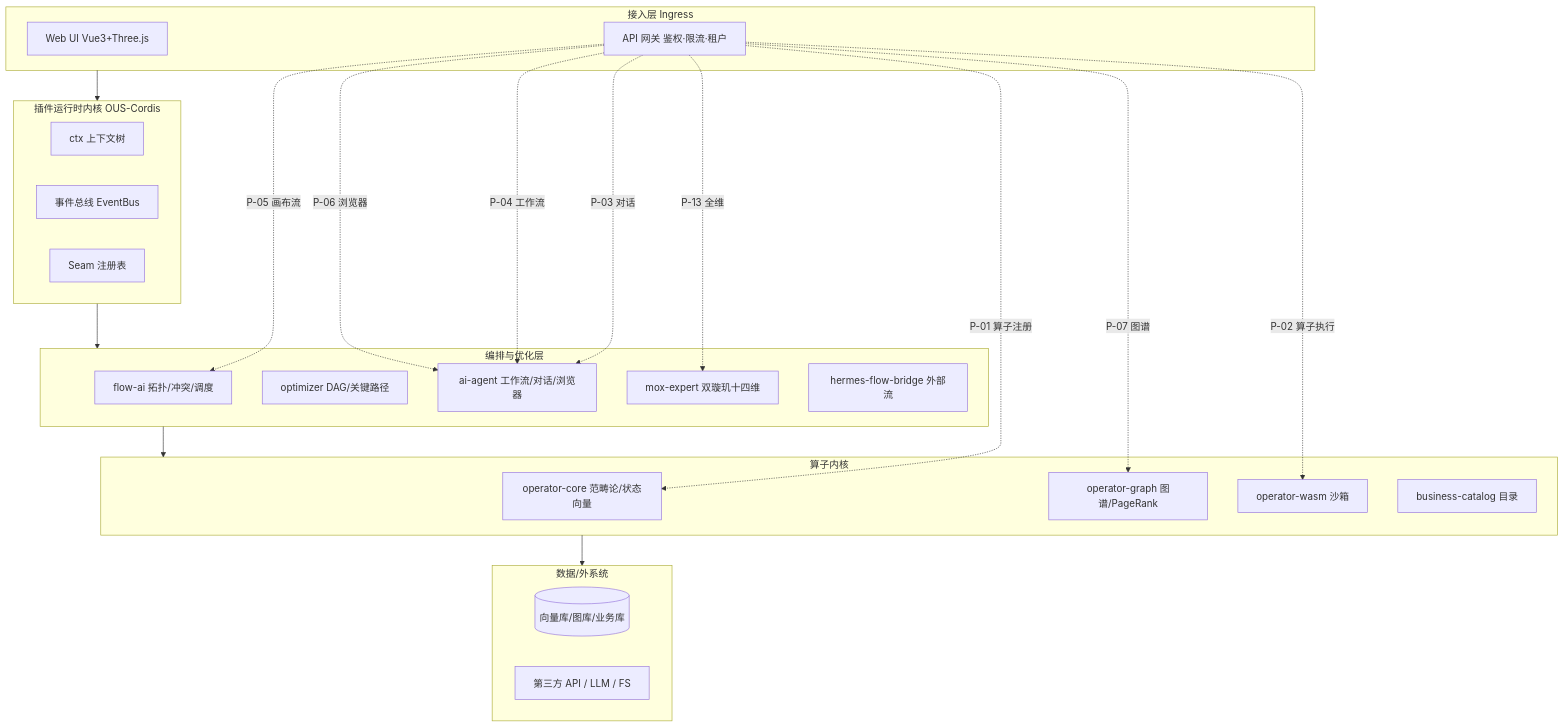
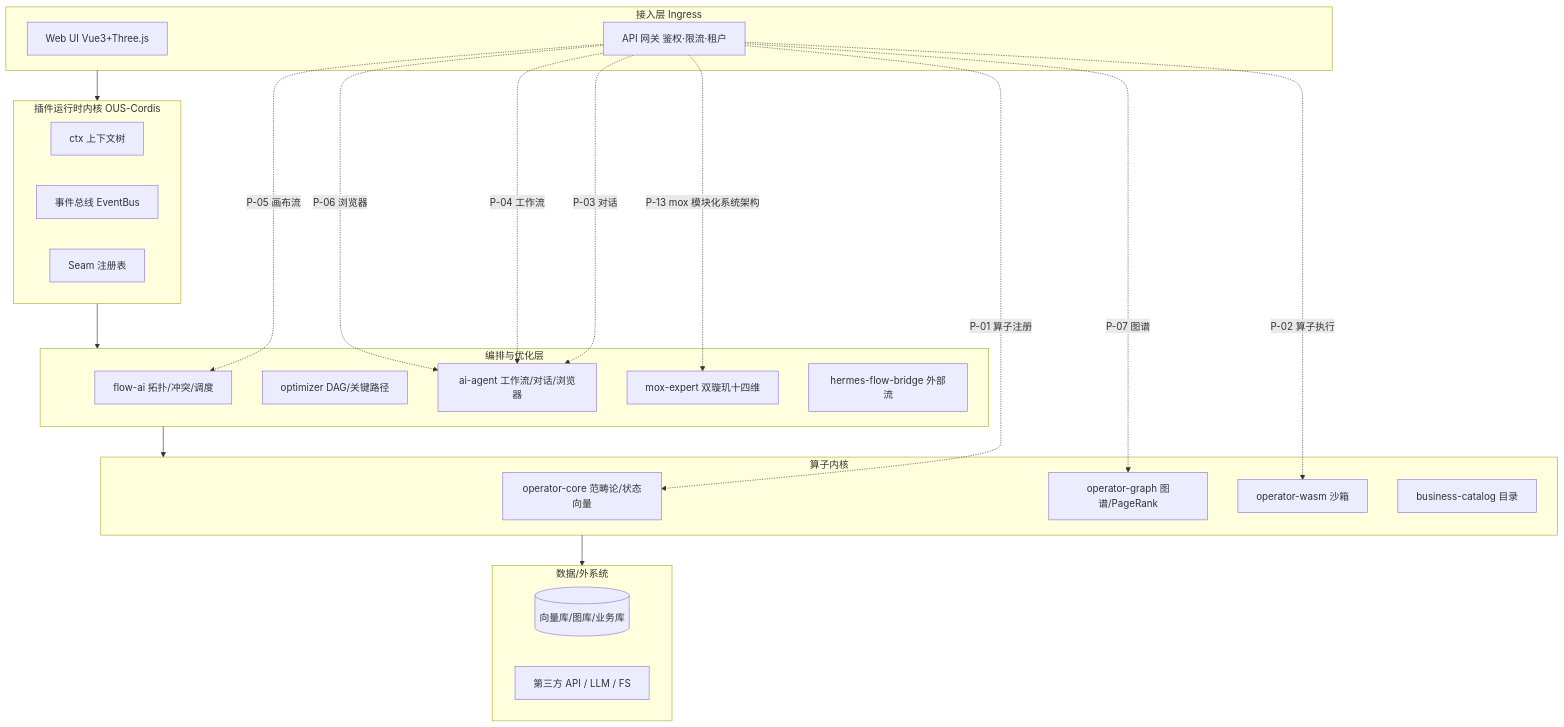
One commit to aikjx/mox changed diagram 13 of 16 in docs/modules/business-process-flowcharts.md. Above: the diagram before and after it, drawn with Mermaid. The commit also changed other lines of this file and 608 other files, not shown here.

````diff
--- a/docs/modules/business-process-flowcharts.md
+++ b/docs/modules/business-process-flowcharts.md
@@ -239,43 +239,43 @@
 ```mermaid
 flowchart TB
     subgraph ING[接入层 Ingress]
         WEB[Web UI Vue3+Three.js]
         GW[API 网关 鉴权·限流·租户]
     end
     subgraph RT[插件运行时内核 OUS-Cordis]
         CTX[ctx 上下文树]
         EB[事件总线 EventBus]
         SEAM[Seam 注册表]
     end
     subgraph ORCH[编排与优化层]
         FLOW[flow-ai 拓扑/冲突/调度]
         OPT[optimizer DAG/关键路径]
         AGENT[ai-agent 工作流/对话/浏览器]
         EXP[mox-expert 双璇玑十四维]
         HER[hermes-flow-bridge 外部流]
     end
     subgraph CORE[算子内核]
         OC[operator-core 范畴论/状态向量]
         OG[operator-graph 图谱/PageRank]
         OW[operator-wasm 沙箱]
         CAT[business-catalog 目录]
     end
     subgraph DATA[数据/外系统]
         DB[(向量库/图库/业务库)]
         EXT[第三方 API / LLM / FS]
     end
 
     ING --> RT
     RT --> ORCH
     ORCH --> CORE
     CORE --> DATA
 
     GW -.P-01 算子注册.-> OC
     GW -.P-02 算子执行.-> OW
     GW -.P-03 对话.-> AGENT
     GW -.P-04 工作流.-> AGENT
     GW -.P-05 画布流.-> FLOW
     GW -.P-06 浏览器.-> AGENT
     GW -.P-07 图谱.-> OG
-    GW -.P-13 全维.-> EXP
+    GW -.P-13 mox 模块化系统架构.-> EXP
 ```
````
